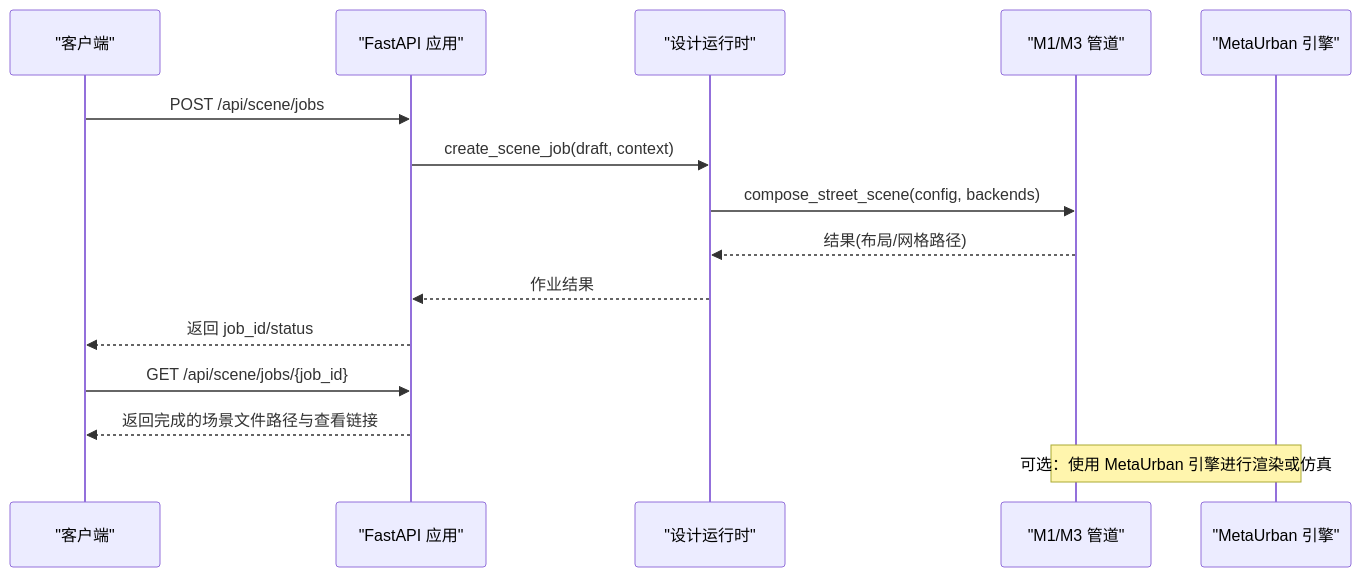
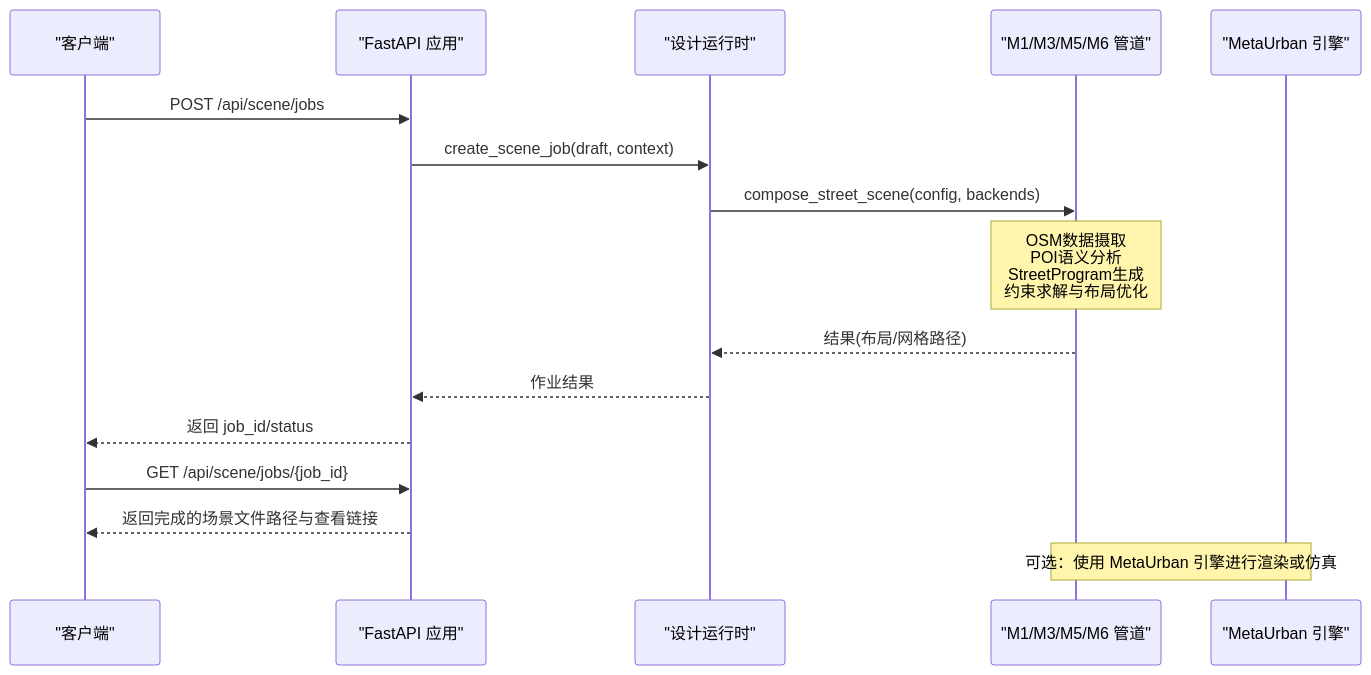
One commit to wsqstar/RoadGen3D changed the second of 17 diagrams in .qoder/repowiki/zh/content/系统架构/系统架构.md. Above: the diagram before and after it, drawn with Mermaid. The commit also changed other lines of this file and 10 other files, not shown here.

First line of the commit message:
docs(architecture): update system architecture with OSM and POI integration

````diff
--- a/.qoder/repowiki/zh/content/系统架构/系统架构.md
+++ b/.qoder/repowiki/zh/content/系统架构/系统架构.md
@@ -132,17 +186,18 @@
 ```mermaid
 sequenceDiagram
 participant Client as "客户端"
 participant API as "FastAPI 应用"
 participant Design as "设计运行时"
-participant Pipe as "M1/M3 管道"
+participant Pipe as "M1/M3/M5/M6 管道"
 participant Engine as "MetaUrban 引擎"
 Client->>API : POST /api/scene/jobs
 API->>Design : create_scene_job(draft, context)
 Design->>Pipe : compose_street_scene(config, backends)
+Note over Pipe : OSM数据摄取<br/>POI语义分析<br/>StreetProgram生成<br/>约束求解与布局优化
 Pipe-->>Design : 结果(布局/网格路径)
 Design-->>API : 作业结果
 API-->>Client : 返回 job_id/status
 Client->>API : GET /api/scene/jobs/{job_id}
 API-->>Client : 返回完成的场景文件路径与查看链接
 Note over Engine,Pipe : 可选：使用 MetaUrban 引擎进行渲染或仿真
 ```
````
